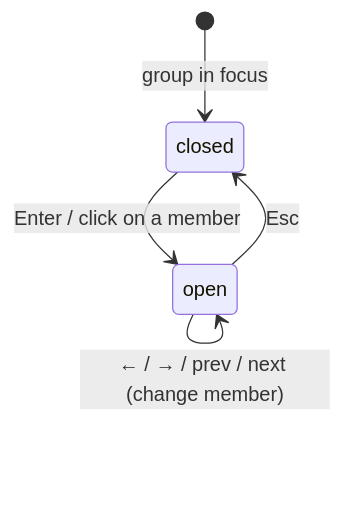
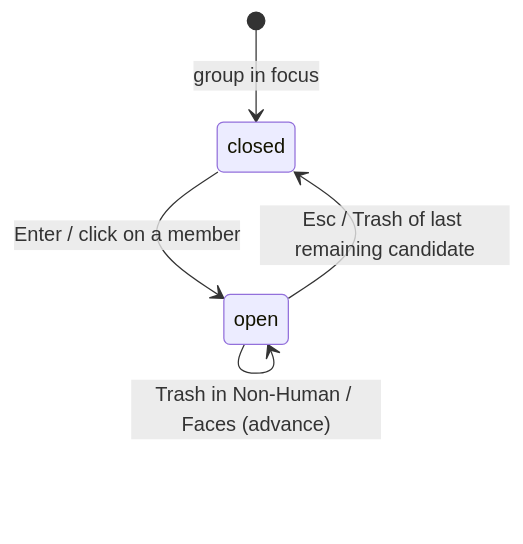
Before and after one commit to sethsaler/dedupe: the diagram in docs/product-description/ui/lightbox.md, drawn with Mermaid. The commit also changed other lines of this file and 10 other files, not shown here.

First line of the commit message:
One-click Non-Human trash, faster triage review (#8)

````diff
--- a/docs/product-description/ui/lightbox.md
+++ b/docs/product-description/ui/lightbox.md
@@ -13,7 +13,8 @@
 ```mermaid
 stateDiagram-v2
     [*] --> closed : group in focus
     closed --> open : Enter / click on a member
     open --> open : ← / → / prev / next (change member)
-    open --> closed : Esc
+    open --> open : Trash in Non-Human / Faces (advance)
+    open --> closed : Esc / Trash of last remaining candidate
 ```
````
